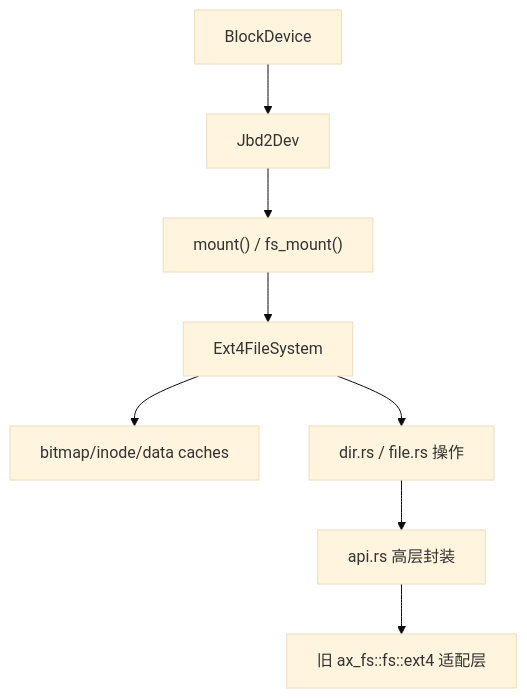
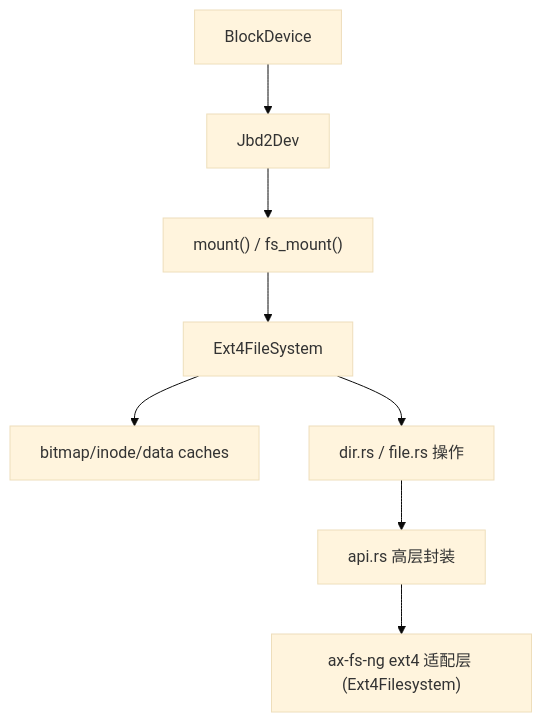
The first of 2 diagrams in docs/docs/components/crates/rsext4.md (rcore-os/tgoskits), drawn with Mermaid (base theme) before and after one commit. The commit also changed other lines of this file, not shown here.

First line of the commit message:
docs(rsext4): correct component doc — rsext4 is the active ax-fs-ng ext4 backend

````diff
--- a/docs/docs/components/crates/rsext4.md
+++ b/docs/docs/components/crates/rsext4.md
@@ -31,10 +31,10 @@
 ```mermaid
 flowchart TD
     A["BlockDevice"] --> B["Jbd2Dev"]
     B --> C["mount() / fs_mount()"]
     C --> D["Ext4FileSystem"]
     D --> E["bitmap/inode/data caches"]
     D --> F["dir.rs / file.rs 操作"]
     F --> G["api.rs 高层封装"]
-    G --> H["旧 ax_fs::fs::ext4 适配层"]
+    G --> H["ax-fs-ng ext4 适配层 (Ext4Filesystem)"]
 ```
````
